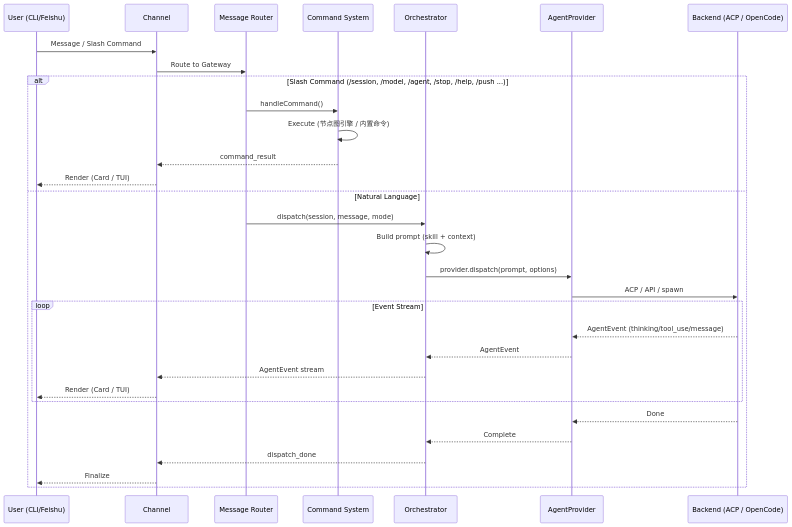
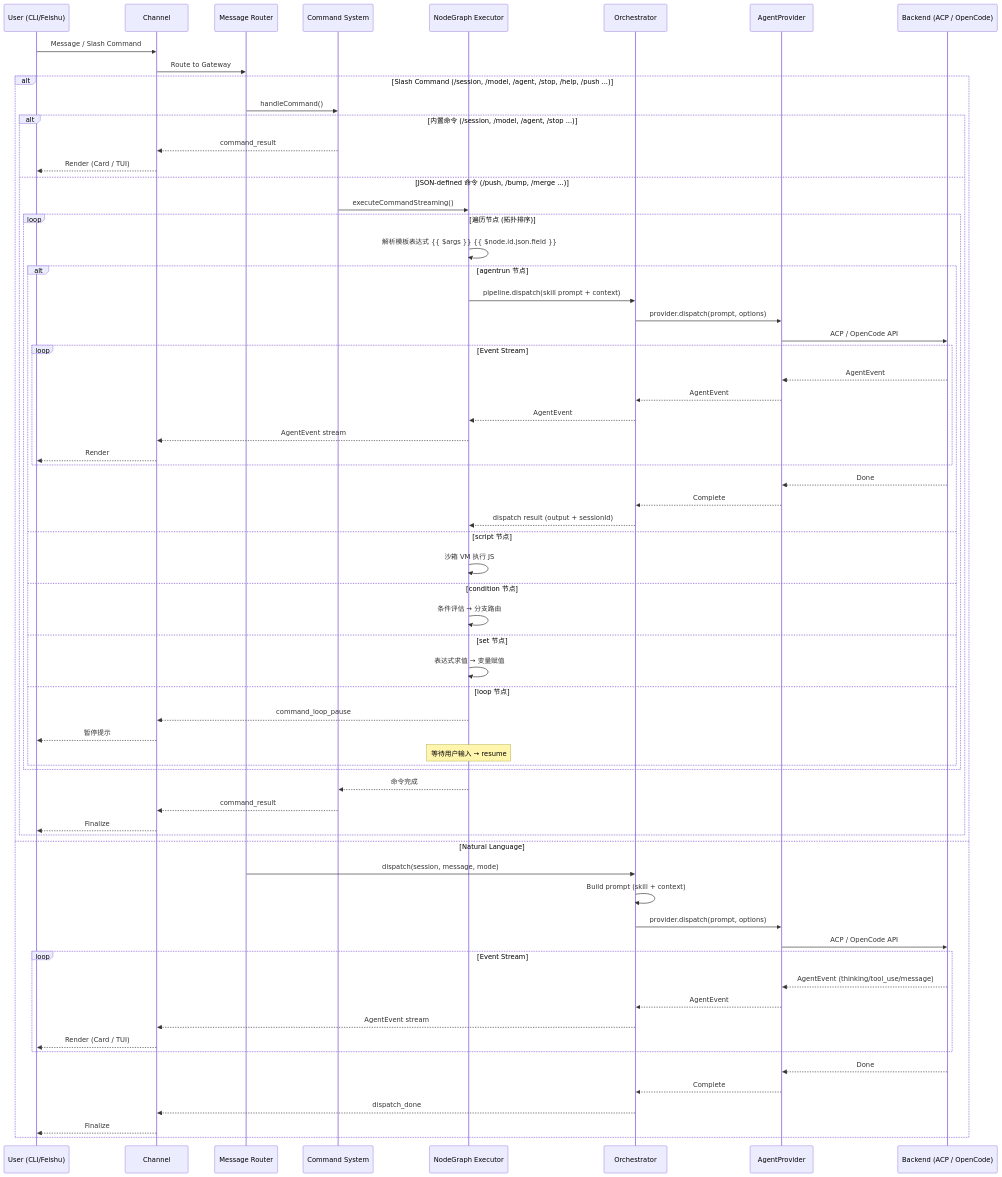
Before and after one commit to Lu-Kye/OpenCrossAgent: the second of 2 diagrams in README.md, drawn with Mermaid. The commit also changed other lines of this file, not shown here.

Commit message:
docs: add command node graph engine + agentrun callback to architecture

````diff
--- a/README.md
+++ b/README.md
@@ -169,37 +202,78 @@
 ```mermaid
 sequenceDiagram
     participant U as User (CLI/Feishu)
     participant CH as Channel
     participant RT as Message Router
     participant CMD as Command System
+    participant EXEC as NodeGraph Executor
     participant ORC as Orchestrator
     participant PRV as AgentProvider
     participant BE as Backend (ACP / OpenCode)
 
     U->>CH: Message / Slash Command
     CH->>RT: Route to Gateway
 
     alt Slash Command (/session, /model, /agent, /stop, /help, /push ...)
         RT->>CMD: handleCommand()
-        CMD->>CMD: Execute (节点图引擎 / 内置命令)
-        CMD-->>CH: command_result
-        CH-->>U: Render (Card / TUI)
+
+        alt 内置命令 (/session, /model, /agent, /stop ...)
+            CMD-->>CH: command_result
+            CH-->>U: Render (Card / TUI)
+        else JSON-defined 命令 (/push, /bump, /merge ...)
+            CMD->>EXEC: executeCommandStreaming()
+
+            loop 遍历节点 (拓扑排序)
+                EXEC->>EXEC: 解析模板表达式 {{ $args }} {{ $node.id.json.field }}
+
+                alt agentrun 节点
+                    EXEC->>ORC: pipeline.dispatch(skill prompt + context)
+                    ORC->>PRV: provider.dispatch(prompt, options)
+                    PRV->>BE: ACP / OpenCode API
+
+                    loop Event Stream
+                        BE-->>PRV: AgentEvent
+                        PRV-->>ORC: AgentEvent
+                        ORC-->>EXEC: AgentEvent
+                        EXEC-->>CH: AgentEvent stream
+                        CH-->>U: Render
+                    end
+
+                    BE-->>PRV: Done
+                    PRV-->>ORC: Complete
+                    ORC-->>EXEC: dispatch result (output + sessionId)
+                else script 节点
+                    EXEC->>EXEC: 沙箱 VM 执行 JS
+                else condition 节点
+                    EXEC->>EXEC: 条件评估 → 分支路由
+                else set 节点
+                    EXEC->>EXEC: 表达式求值 → 变量赋值
+                else loop 节点
+                    EXEC-->>CH: command_loop_pause
+                    CH-->>U: 暂停提示
+                    Note over EXEC: 等待用户输入 → resume
+                end
+            end
+
+            EXEC-->>CMD: 命令完成
+            CMD-->>CH: command_result
+            CH-->>U: Finalize
+        end
     else Natural Language
         RT->>ORC: dispatch(session, message, mode)
         ORC->>ORC: Build prompt (skill + context)
         ORC->>PRV: provider.dispatch(prompt, options)
-        PRV->>BE: ACP / API / spawn
+        PRV->>BE: ACP / OpenCode API
 
         loop Event Stream
             BE-->>PRV: AgentEvent (thinking/tool_use/message)
             PRV-->>ORC: AgentEvent
             ORC-->>CH: AgentEvent stream
             CH-->>U: Render (Card / TUI)
         end
 
         BE-->>PRV: Done
         PRV-->>ORC: Complete
         ORC-->>CH: dispatch_done
         CH-->>U: Finalize
     end
 ```
````
